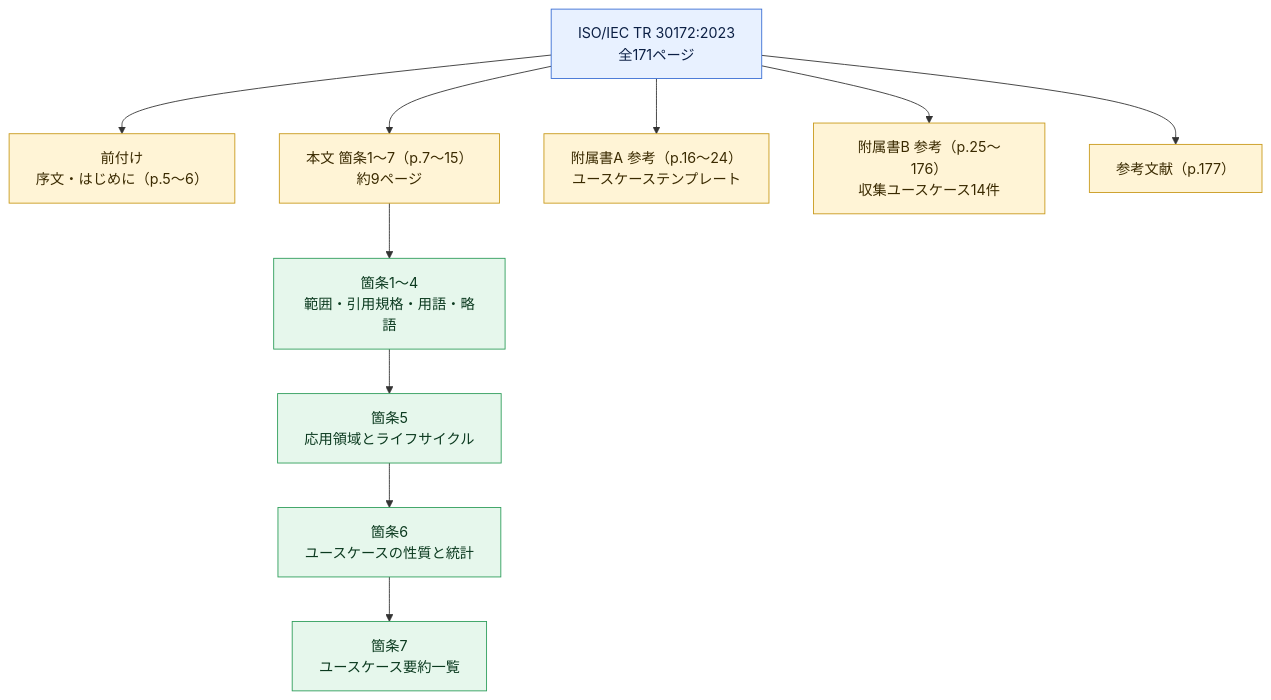
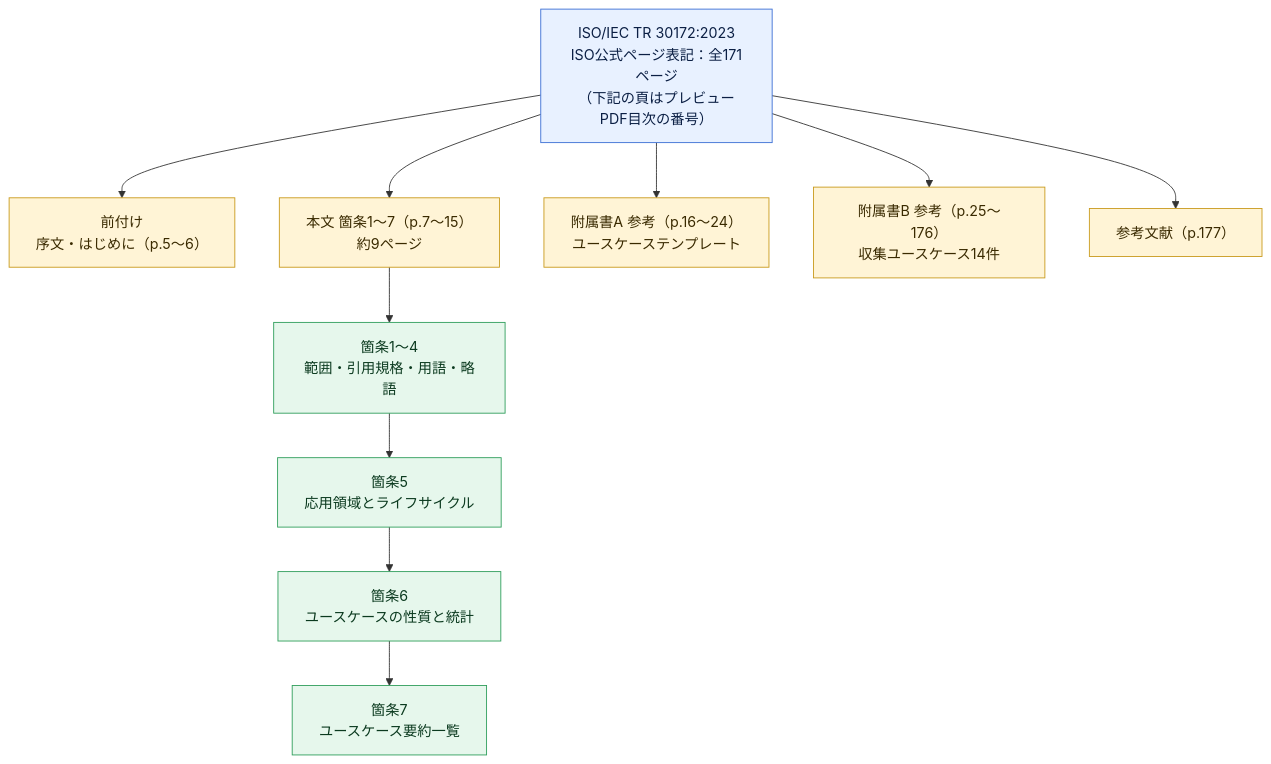
Before and after one commit to myoshi2891/Quality-Assurance-Studies: the second of 7 diagrams in Iso-iec-tr-30172-guide.md, drawn with Mermaid. The commit also changed other lines of this file, not shown here.

Commit message:
docs(iso-30172): clarify that cited page numbers match the preview PDF table of contents

````diff
--- a/Iso-iec-tr-30172-guide.md
+++ b/Iso-iec-tr-30172-guide.md
@@ -148,31 +148,31 @@
 ```mermaid
 flowchart TB
-    D1_ROOT["ISO/IEC TR 30172:2023<br/>全171ページ"]
+    D1_ROOT["ISO/IEC TR 30172:2023<br/>ISO公式ページ表記：全171ページ<br/>（下記の頁はプレビューPDF目次の番号）"]
     D1_FRONT["前付け<br/>序文・はじめに（p.5〜6）"]
     D1_MAIN["本文 箇条1〜7（p.7〜15）<br/>約9ページ"]
     D1_ANXA["附属書A 参考（p.16〜24）<br/>ユースケーステンプレート"]
     D1_ANXB["附属書B 参考（p.25〜176）<br/>収集ユースケース14件"]
     D1_BIB["参考文献（p.177）"]
 
     D1_C1["箇条1〜4<br/>範囲・引用規格・用語・略語"]
     D1_C5["箇条5<br/>応用領域とライフサイクル"]
     D1_C6["箇条6<br/>ユースケースの性質と統計"]
     D1_C7["箇条7<br/>ユースケース要約一覧"]
 
     D1_ROOT --> D1_FRONT
     D1_ROOT --> D1_MAIN
     D1_ROOT --> D1_ANXA
     D1_ROOT --> D1_ANXB
     D1_ROOT --> D1_BIB
     D1_MAIN --> D1_C1
     D1_C1 --> D1_C5
     D1_C5 --> D1_C6
     D1_C6 --> D1_C7
 
     classDef root fill:#e8f1ff,stroke:#3b6fd4,color:#0b1f44
     classDef part fill:#fff4d6,stroke:#c99a1c,color:#3a2a00
     classDef clause fill:#e6f7ec,stroke:#2f9e5b,color:#0b3a1f
     class D1_ROOT root
     class D1_FRONT,D1_MAIN,D1_ANXA,D1_ANXB,D1_BIB part
     class D1_C1,D1_C5,D1_C6,D1_C7 clause
 ```
````
